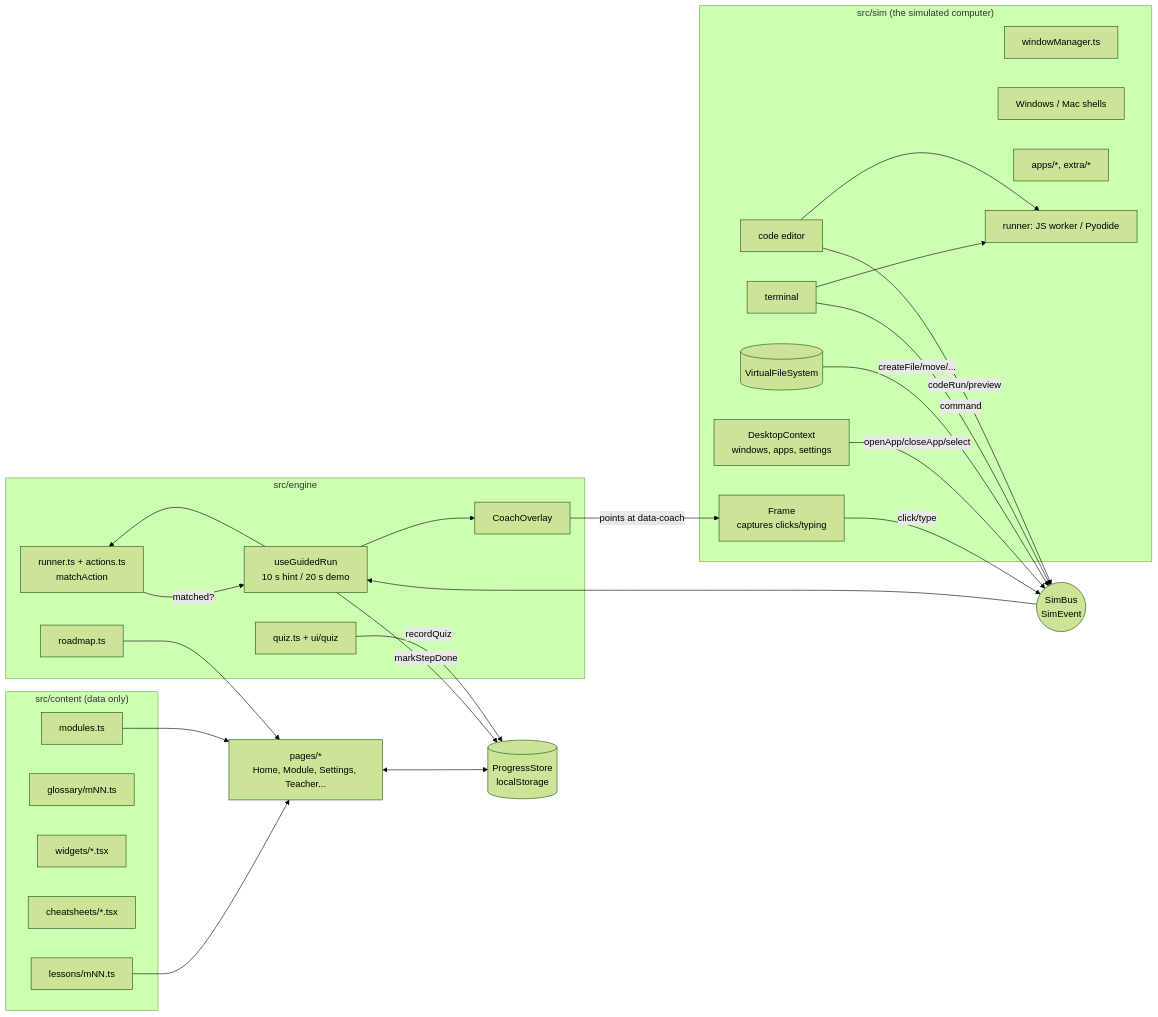
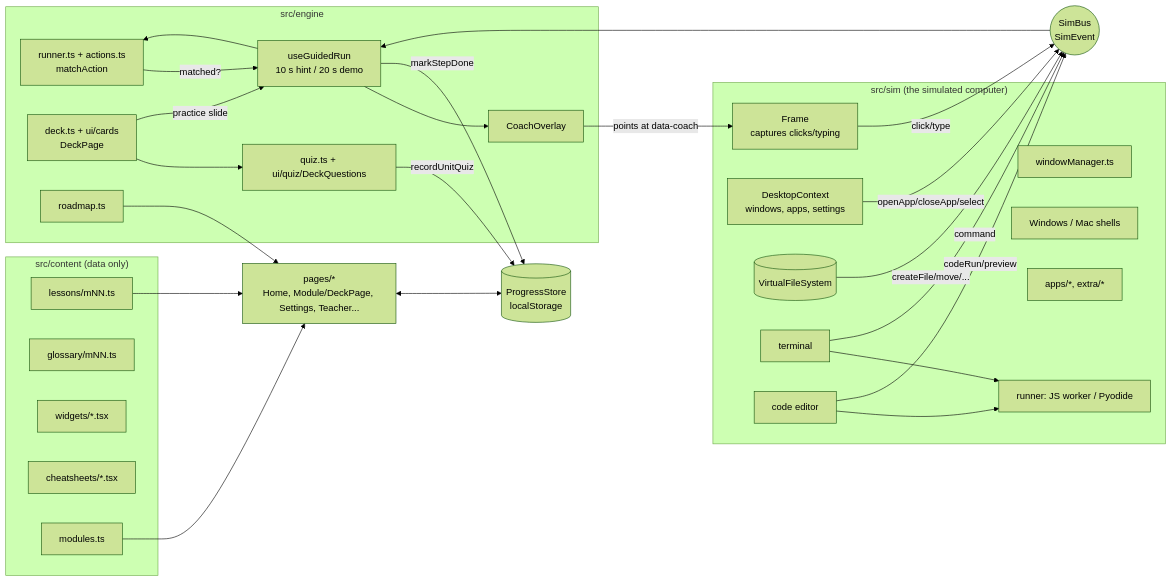
One commit to IsmailAlamKhan/learning_computer changed the diagram in docs/ARCHITECTURE.md. Above: the diagram before and after it, drawn with Mermaid (forest theme). The commit also changed other lines of this file and 85 other files, not shown here.

````diff
--- a/docs/ARCHITECTURE.md
+++ b/docs/ARCHITECTURE.md
@@ -8,50 +8,53 @@
 ```mermaid
 flowchart LR
   subgraph Content["src/content (data only)"]
     L[lessons/mNN.ts]
     G[glossary/mNN.ts]
     W[widgets/*.tsx]
     C[cheatsheets/*.tsx]
     M[modules.ts]
   end
 
   subgraph Engine["src/engine"]
     R[runner.ts + actions.ts<br/>matchAction]
     UG[useGuidedRun<br/>10 s hint / 20 s demo]
     CO[CoachOverlay]
-    Q[quiz.ts + ui/quiz]
+    DK[deck.ts + ui/cards<br/>DeckPage]
+    Q[quiz.ts + ui/quiz/DeckQuestions]
     RM[roadmap.ts]
   end
 
   subgraph Sim["src/sim (the simulated computer)"]
     F[Frame<br/>captures clicks/typing]
     DC[DesktopContext<br/>windows, apps, settings]
     WM[windowManager.ts]
     V[(VirtualFileSystem)]
     SH[Windows / Mac shells]
     A[apps/*, extra/*]
     T[terminal] --> RUN
     E[code editor] --> RUN[runner: JS worker / Pyodide]
   end
 
   BUS((SimBus<br/>SimEvent))
   ST[(ProgressStore<br/>localStorage)]
-  P[pages/*<br/>Home, Module, Settings, Teacher...]
+  P[pages/*<br/>Home, Module/DeckPage, Settings, Teacher...]
 
   L --> P
   M --> P
   F -- click/type --> BUS
   DC -- openApp/closeApp/select --> BUS
   V -- createFile/move/... --> BUS
   T -- command --> BUS
   E -- codeRun/preview --> BUS
   BUS --> UG
   UG --> R
   R -- matched? --> UG
   UG --> CO
   CO -- points at data-coach --> F
   UG -- markStepDone --> ST
-  Q -- recordQuiz --> ST
+  Q -- recordUnitQuiz --> ST
+  DK --> Q
+  DK -- practice slide --> UG
   P <--> ST
   RM --> P
 ```
````
